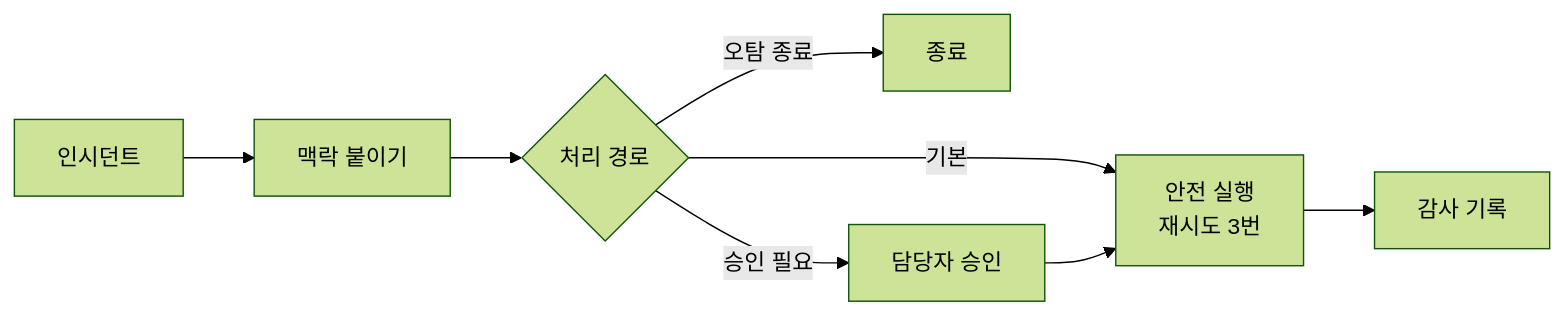
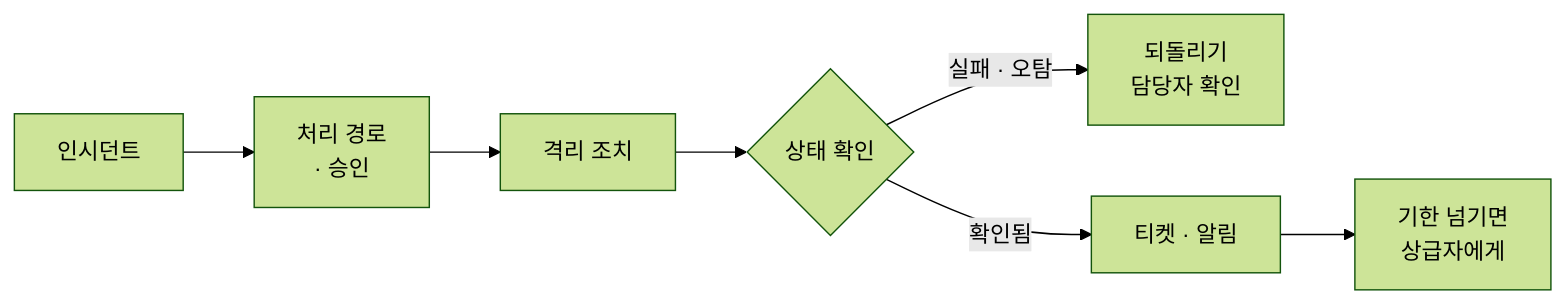
One commit to mdkk0220/security-agent-toolkit changed the fifth of 5 diagrams in Readme.md. Above: the diagram before and after it, drawn with Mermaid (forest theme). The commit also changed other lines of this file and 1 other file, not shown here.

Commit message:
docs: 5과목 SOAR Day 3 · 4(격리 · 되돌리기 · 티켓 · 올림 · 근무 지표) README 반영
Claude-Session: https://claude.ai/code/session_01NbKkdsJjLhFMPvHqP6XUhn

````diff
--- a/Readme.md
+++ b/Readme.md
@@ -91,10 +91,9 @@
 ```mermaid
 flowchart LR
-    A["인시던트"] --> B["맥락 붙이기"]
-    B --> C{"처리 경로"}
-    C -- 오탐 종료 --> Z["종료"]
-    C -- 승인 필요 --> W["담당자 승인"]
-    C -- 기본 --> D["안전 실행<br/>재시도 3번"]
-    W --> D
-    D --> L["감사 기록"]
+    A["인시던트"] --> B["처리 경로<br/>· 승인"]
+    B --> C["격리 조치"]
+    C --> D{"상태 확인"}
+    D -- "실패 · 오탐" --> R["되돌리기<br/>담당자 확인"]
+    D -- 확인됨 --> T["티켓 · 알림"]
+    T --> E["기한 넘기면<br/>상급자에게"]
 ```
````
